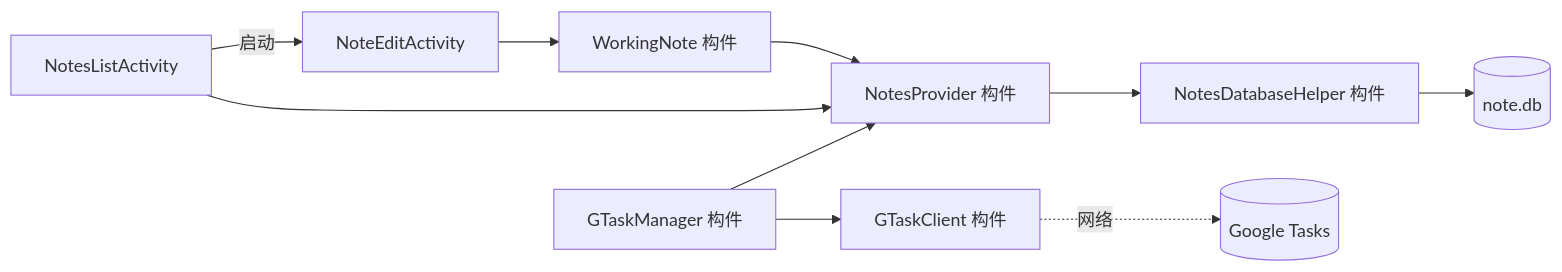
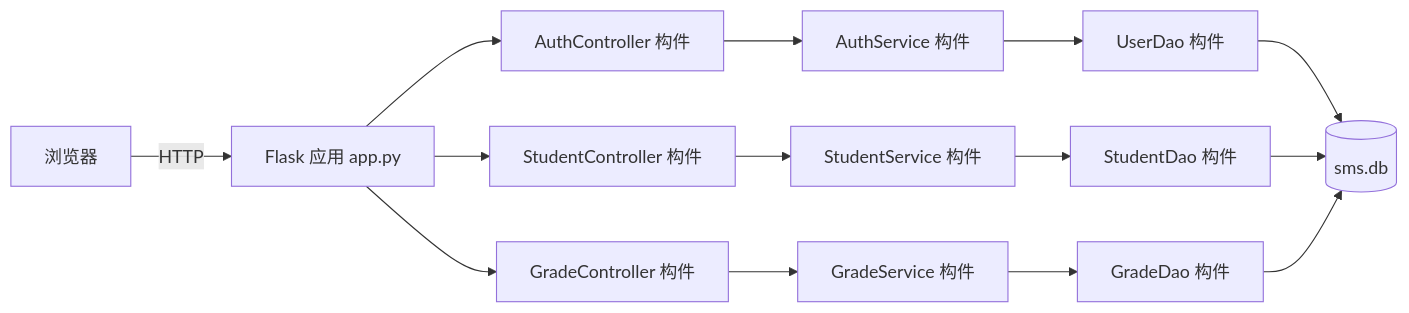
One commit to otreeevol/project changed the third of 4 diagrams in docs/03-软件总体设计方案.md. Above: the diagram before and after it, drawn with Mermaid. The commit also changed other lines of this file and 221 other files, not shown here.

First line of the commit message:
重构：自选项目学生信息管理系统（Flask + SQLite 三层架构）

````diff
--- a/docs/03-软件总体设计方案.md
+++ b/docs/03-软件总体设计方案.md
@@ -86,12 +74,16 @@
 ```mermaid
 graph LR
-    NotesListActivity[NotesListActivity] -->|启动| NoteEditActivity[NoteEditActivity]
-    NoteEditActivity --> WorkingNote[WorkingNote 构件]
-    WorkingNote --> NotesProvider[NotesProvider 构件]
-    NotesListActivity --> NotesProvider
-    NotesProvider --> NotesDatabaseHelper[NotesDatabaseHelper 构件]
-    NotesDatabaseHelper --> SQLite[(note.db)]
-    GTaskManager[GTaskManager 构件] --> NotesProvider
-    GTaskManager --> GTaskClient[GTaskClient 构件]
-    GTaskClient -.->|网络| Google[(Google Tasks)]
+    Browser[浏览器] -->|HTTP| App[Flask 应用 app.py]
+    App --> Auth[AuthController 构件]
+    App --> Student[StudentController 构件]
+    App --> Grade[GradeController 构件]
+    Auth --> AuthSvc[AuthService 构件]
+    Student --> StudentSvc[StudentService 构件]
+    Grade --> GradeSvc[GradeService 构件]
+    AuthSvc --> UserDao[UserDao 构件]
+    StudentSvc --> StudentDao[StudentDao 构件]
+    GradeSvc --> GradeDao[GradeDao 构件]
+    UserDao --> DB[(sms.db)]
+    StudentDao --> DB
+    GradeDao --> DB
 ```
````
